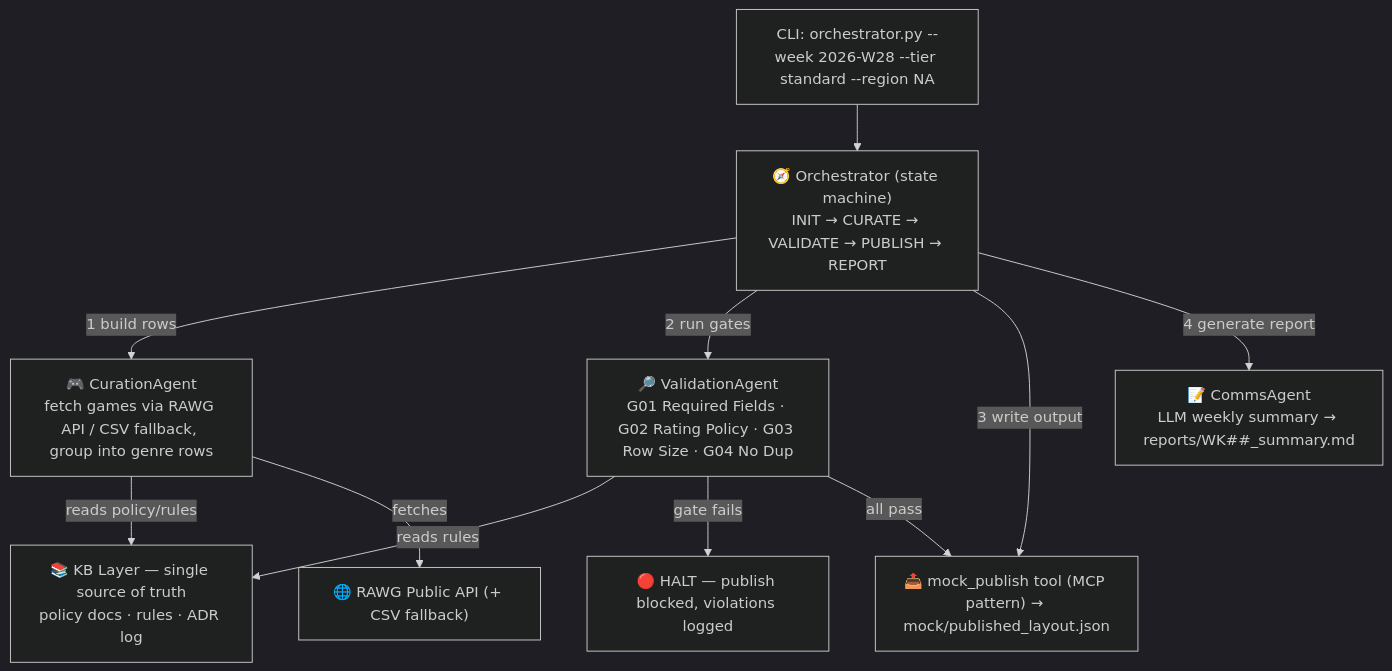
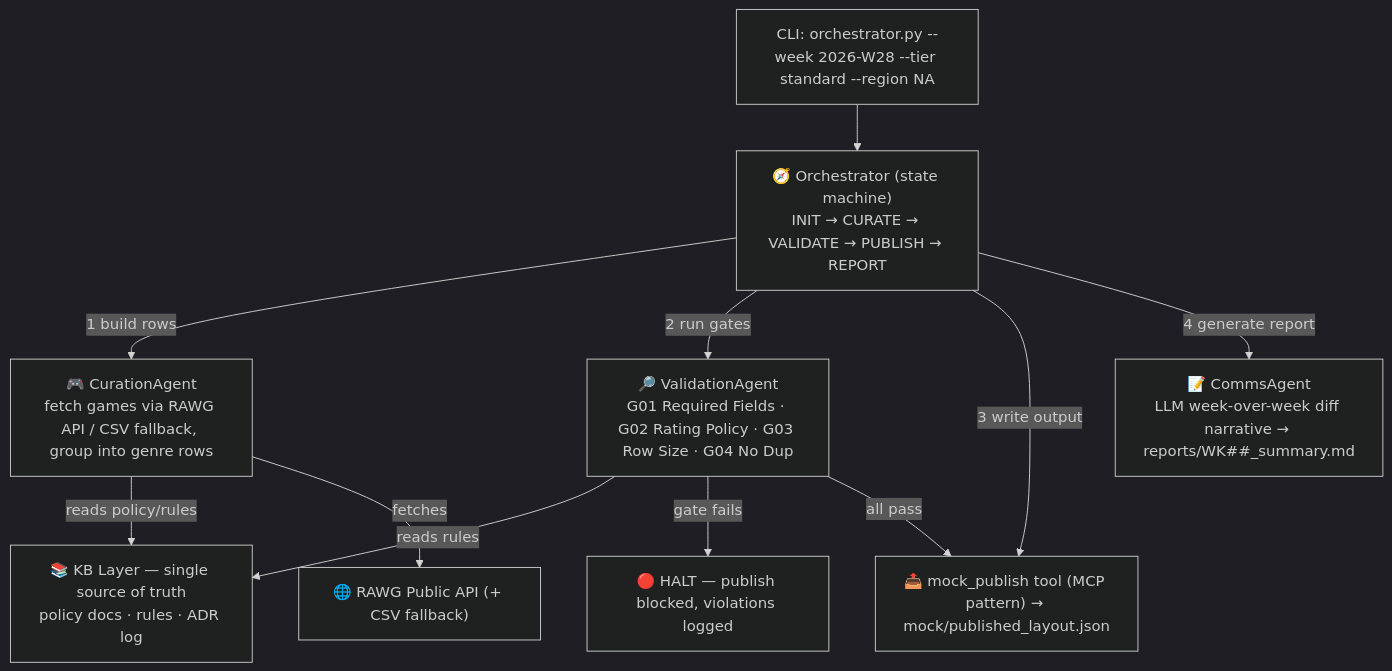
The diagram in README.md (bobbyleeresume/multi-agent-content-ops), drawn with Mermaid (dark theme) before and after one commit. The commit also changed other lines of this file and 6 other files, not shown here.

````diff
--- a/README.md
+++ b/README.md
@@ -28,21 +28,21 @@
 ```mermaid
 flowchart TD
     CLI["CLI: orchestrator.py --week 2026-W28 --tier standard --region NA"]
     O["🧭 Orchestrator (state machine)<br/>INIT → CURATE → VALIDATE → PUBLISH → REPORT"]
     CA["🎮 CurationAgent<br/>fetch games via RAWG API / CSV fallback, group into genre rows"]
     VA["🔎 ValidationAgent<br/>G01 Required Fields · G02 Rating Policy · G03 Row Size · G04 No Dup"]
-    CM["📝 CommsAgent<br/>LLM weekly summary → reports/WK##_summary.md"]
+    CM["📝 CommsAgent<br/>LLM week-over-week diff narrative → reports/WK##_summary.md"]
     MP["📤 mock_publish tool (MCP pattern) → mock/published_layout.json"]
     KB["📚 KB Layer — single source of truth<br/>policy docs · rules · ADR log"]
 
     CLI --> O
     O -->|1 build rows| CA
     O -->|2 run gates| VA
     O -->|3 write output| MP
     O -->|4 generate report| CM
     CA -->|reads policy/rules| KB
     VA -->|reads rules| KB
     CA -->|fetches| RAWG["🌐 RAWG Public API (+ CSV fallback)"]
     VA -->|gate fails| HALT["🔴 HALT — publish blocked, violations logged"]
     VA -->|all pass| MP
 ```
````
